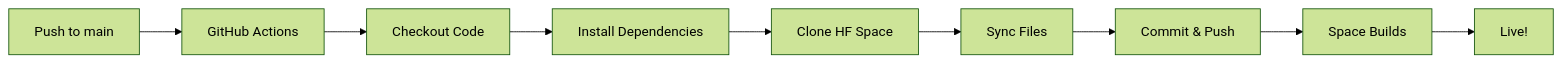
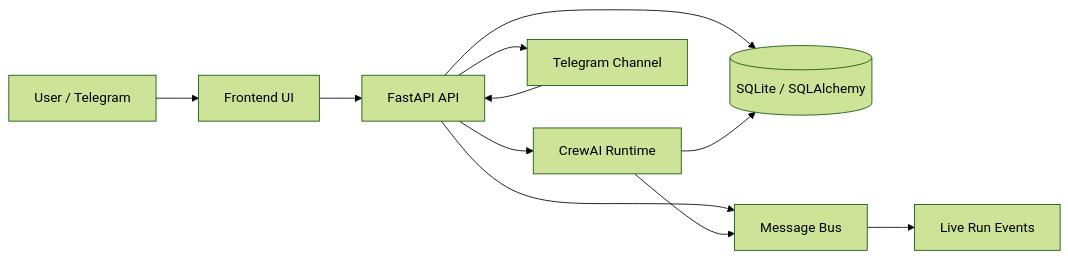
One commit to pankaj10032/YunoAI-Assignment changed the diagram in README.md. Above: the diagram before and after it, drawn with Mermaid (forest theme). The commit also changed other lines of this file and 6 other files, not shown here.

````diff
--- a/README.md
+++ b/README.md
@@ -82,11 +58,13 @@
 ```mermaid
 graph LR
-    A[Push to main] --> B[GitHub Actions]
-    B --> C[Checkout Code]
-    C --> D[Install Dependencies]
-    D --> E[Clone HF Space]
-    E --> F[Sync Files]
-    F --> G[Commit & Push]
-    G --> H[Space Builds]
-    H --> I[Live!]
+    U[User / Telegram] --> F[Frontend UI]
+    F --> A[FastAPI API]
+    A --> R[CrewAI Runtime]
+    A --> P[(SQLite / SQLAlchemy)]
+    A --> M[Message Bus]
+    A --> T[Telegram Channel]
+    R --> P
+    R --> M
+    M --> O[Live Run Events]
+    T --> A
 ```
````
